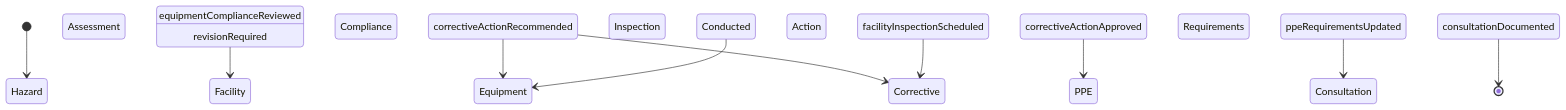
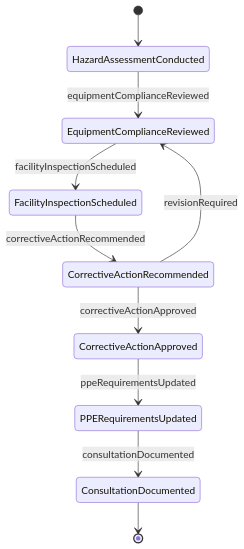
The second of 4 diagrams in CommunicatingWithSupervisorsPeersOrSubordinates/CommunicateWithOthersAboutSpecificationsOrProjectDetails/ConsultOthersRegardingSafetyHealth.mdx (dot-org-ai/tasks.org.ai), drawn with Mermaid before and after one commit. The commit also changed 515 other files, not shown here.

````diff
--- a/CommunicatingWithSupervisorsPeersOrSubordinates/CommunicateWithOthersAboutSpecificationsOrProjectDetails/ConsultOthersRegardingSafetyHealth.mdx
+++ b/CommunicatingWithSupervisorsPeersOrSubordinates/CommunicateWithOthersAboutSpecificationsOrProjectDetails/ConsultOthersRegardingSafetyHealth.mdx
@@ -97,12 +97,12 @@
 ```mermaid
 stateDiagram-v2
-    [*] --> Hazard Assessment Conducted
-    Hazard Assessment Conducted --> Equipment Compliance Reviewed : equipmentComplianceReviewed
-    Equipment Compliance Reviewed --> Facility Inspection Scheduled : facilityInspectionScheduled
-    Facility Inspection Scheduled --> Corrective Action Recommended : correctiveActionRecommended
-    Corrective Action Recommended --> Corrective Action Approved : correctiveActionApproved
-    Corrective Action Approved --> PPE Requirements Updated : ppeRequirementsUpdated
-    Corrective Action Recommended --> Equipment Compliance Reviewed : revisionRequired
-    PPE Requirements Updated --> Consultation Documented : consultationDocumented
-    Consultation Documented --> [*]
+    [*] --> HazardAssessmentConducted
+    HazardAssessmentConducted --> EquipmentComplianceReviewed : equipmentComplianceReviewed
+    EquipmentComplianceReviewed --> FacilityInspectionScheduled : facilityInspectionScheduled
+    FacilityInspectionScheduled --> CorrectiveActionRecommended : correctiveActionRecommended
+    CorrectiveActionRecommended --> CorrectiveActionApproved : correctiveActionApproved
+    CorrectiveActionApproved --> PPERequirementsUpdated : ppeRequirementsUpdated
+    CorrectiveActionRecommended --> EquipmentComplianceReviewed : revisionRequired
+    PPERequirementsUpdated --> ConsultationDocumented : consultationDocumented
+    ConsultationDocumented --> [*]
 ```
````
